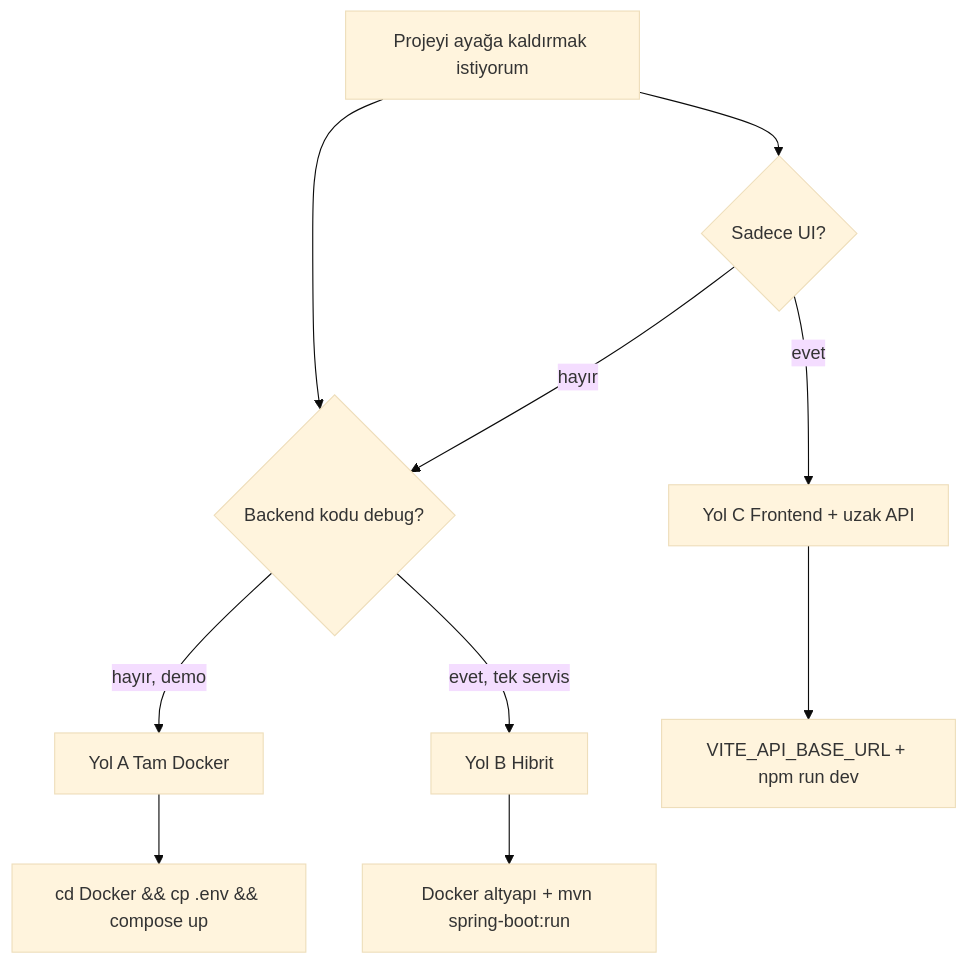
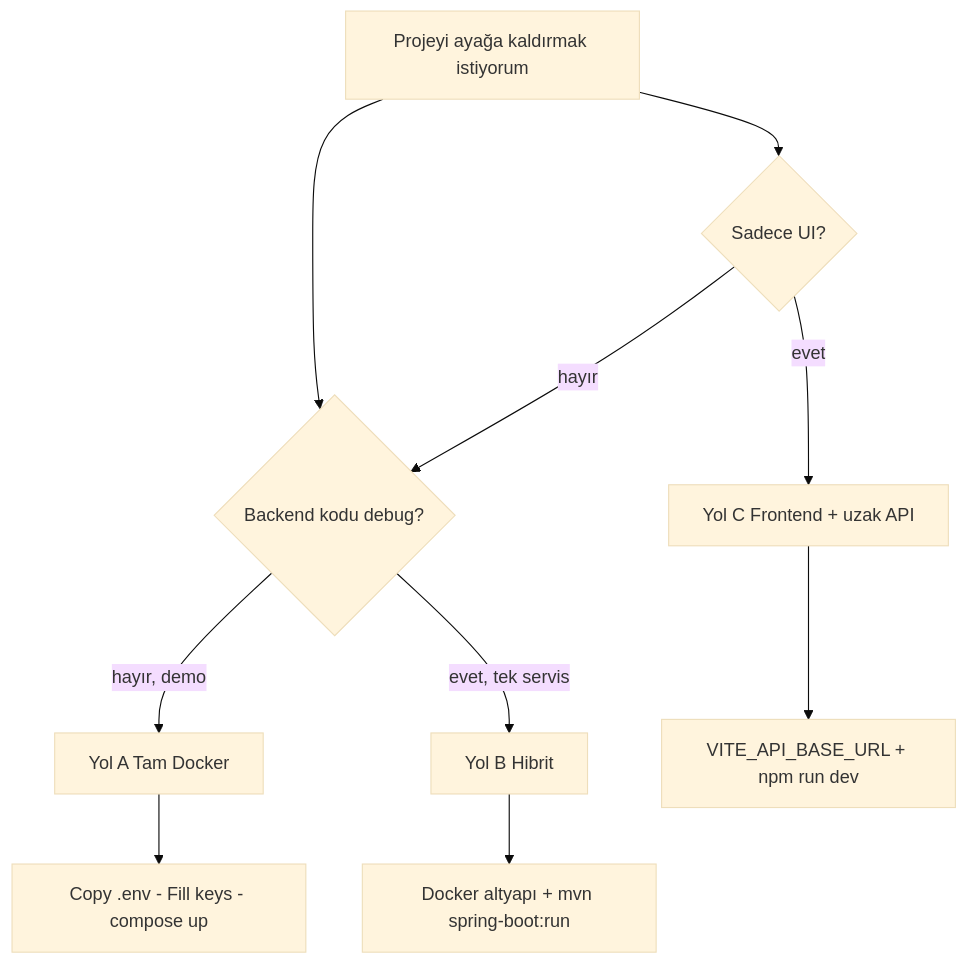
Before and after one commit to TaridaG/Toyota-32Bit-Finance-Platform: the first of 3 diagrams in docs/english/getting-started.md, drawn with Mermaid (base theme). The commit also changed other lines of this file and 28 other files, not shown here.

````diff
--- a/docs/english/getting-started.md
+++ b/docs/english/getting-started.md
@@ -15,14 +15,14 @@
 ```mermaid
 flowchart TD
   START[Projeyi ayağa kaldırmak istiyorum]
   START --> Q1{Backend kodu debug?}
   Q1 -->|hayır, demo| A[Yol A Tam Docker]
   Q1 -->|evet, tek servis| B[Yol B Hibrit]
   START --> Q2{Sadece UI?}
   Q2 -->|evet| C[Yol C Frontend + uzak API]
   Q2 -->|hayır| Q1
 
-  A --> A1[cd Docker && cp .env && compose up]
+  A --> A1[Copy .env - Fill keys - compose up]
   B --> B1[Docker altyapı + mvn spring-boot:run]
   C --> C1[VITE_API_BASE_URL + npm run dev]
 ```
````
